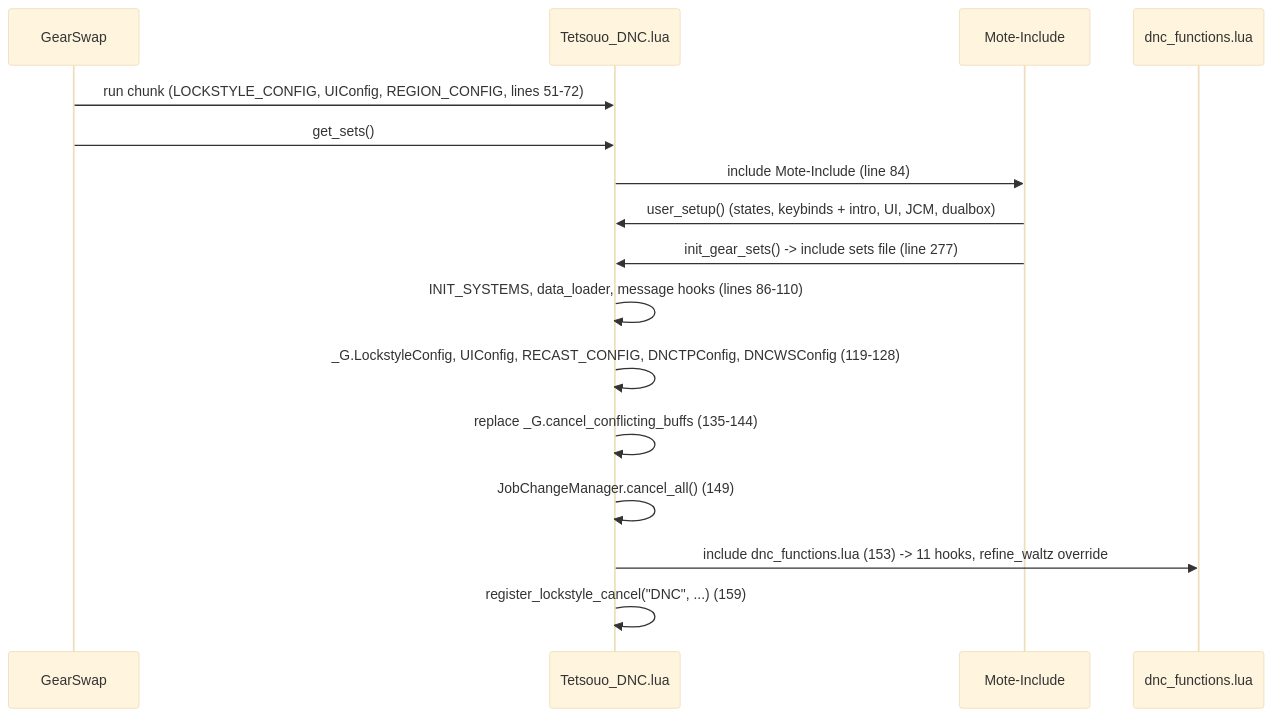
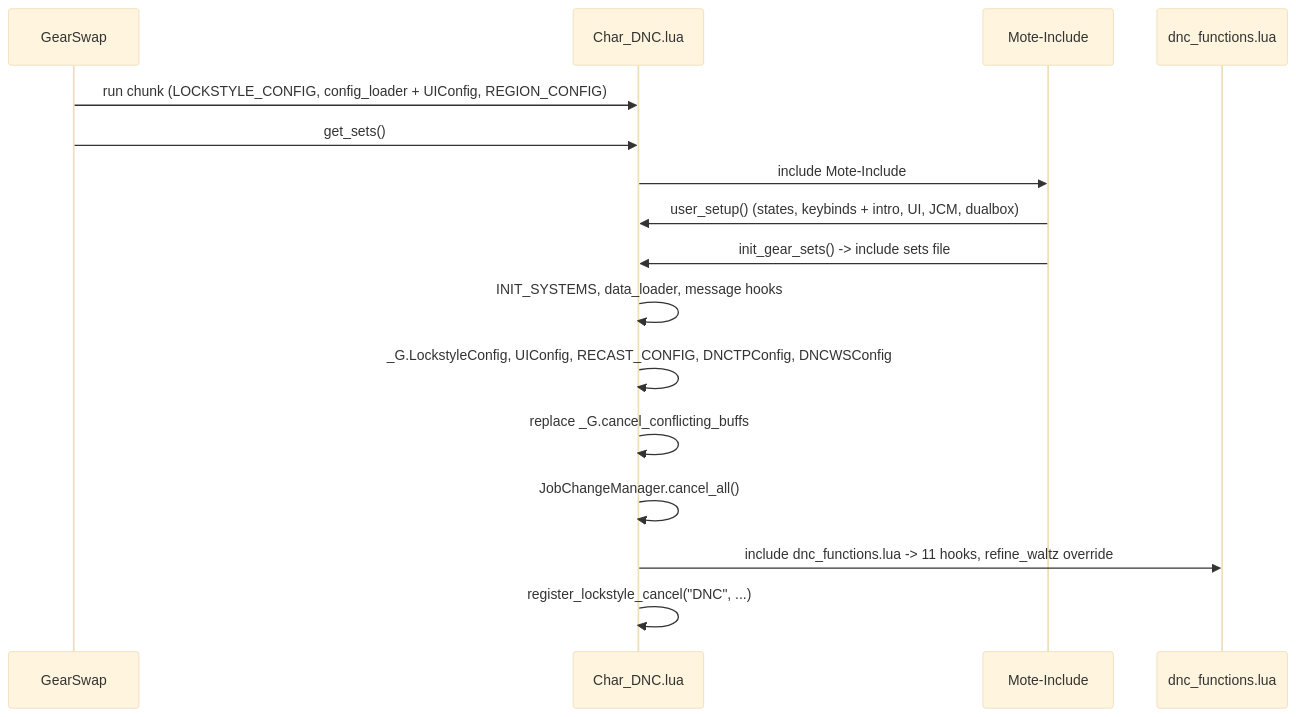
One commit to ejouanchicot/Gearswap changed the first of 3 diagrams in docs/dev/jobs/dnc.md. Above: the diagram before and after it, drawn with Mermaid (base theme). The commit also changed other lines of this file and 31 other files, not shown here.

````diff
--- a/docs/dev/jobs/dnc.md
+++ b/docs/dev/jobs/dnc.md
@@ -92,18 +84,18 @@
 ```mermaid
 sequenceDiagram
     participant GS as GearSwap
-    participant E as Tetsouo_DNC.lua
+    participant E as Char_DNC.lua
     participant M as Mote-Include
     participant F as dnc_functions.lua
-    GS->>E: run chunk (LOCKSTYLE_CONFIG, UIConfig, REGION_CONFIG, lines 51-72)
+    GS->>E: run chunk (LOCKSTYLE_CONFIG, config_loader + UIConfig, REGION_CONFIG)
     GS->>E: get_sets()
-    E->>M: include Mote-Include (line 84)
+    E->>M: include Mote-Include
     M->>E: user_setup() (states, keybinds + intro, UI, JCM, dualbox)
-    M->>E: init_gear_sets() -> include sets file (line 277)
-    E->>E: INIT_SYSTEMS, data_loader, message hooks (lines 86-110)
-    E->>E: _G.LockstyleConfig, UIConfig, RECAST_CONFIG, DNCTPConfig, DNCWSConfig (119-128)
-    E->>E: replace _G.cancel_conflicting_buffs (135-144)
-    E->>E: JobChangeManager.cancel_all() (149)
-    E->>F: include dnc_functions.lua (153) -> 11 hooks, refine_waltz override
-    E->>E: register_lockstyle_cancel("DNC", ...) (159)
+    M->>E: init_gear_sets() -> include sets file
+    E->>E: INIT_SYSTEMS, data_loader, message hooks
+    E->>E: _G.LockstyleConfig, UIConfig, RECAST_CONFIG, DNCTPConfig, DNCWSConfig
+    E->>E: replace _G.cancel_conflicting_buffs
+    E->>E: JobChangeManager.cancel_all()
+    E->>F: include dnc_functions.lua -> 11 hooks, refine_waltz override
+    E->>E: register_lockstyle_cancel("DNC", ...)
 ```
````
